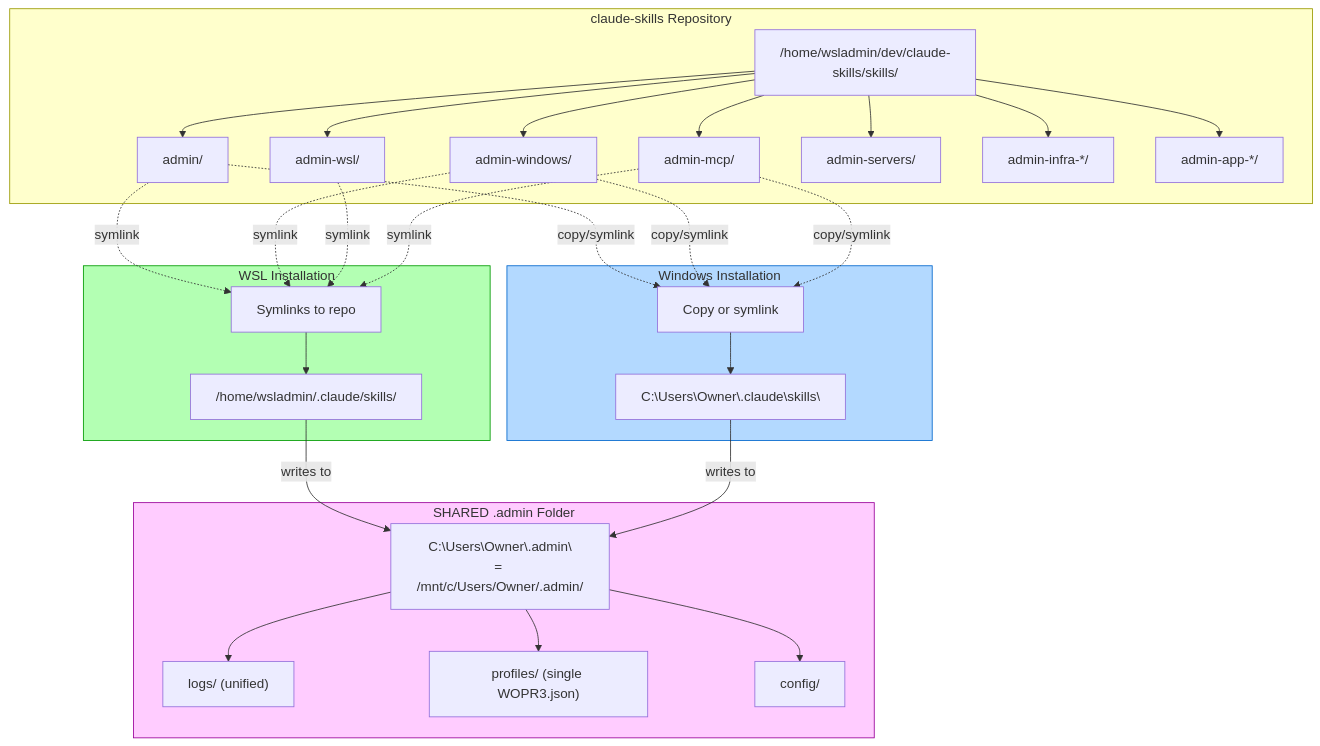
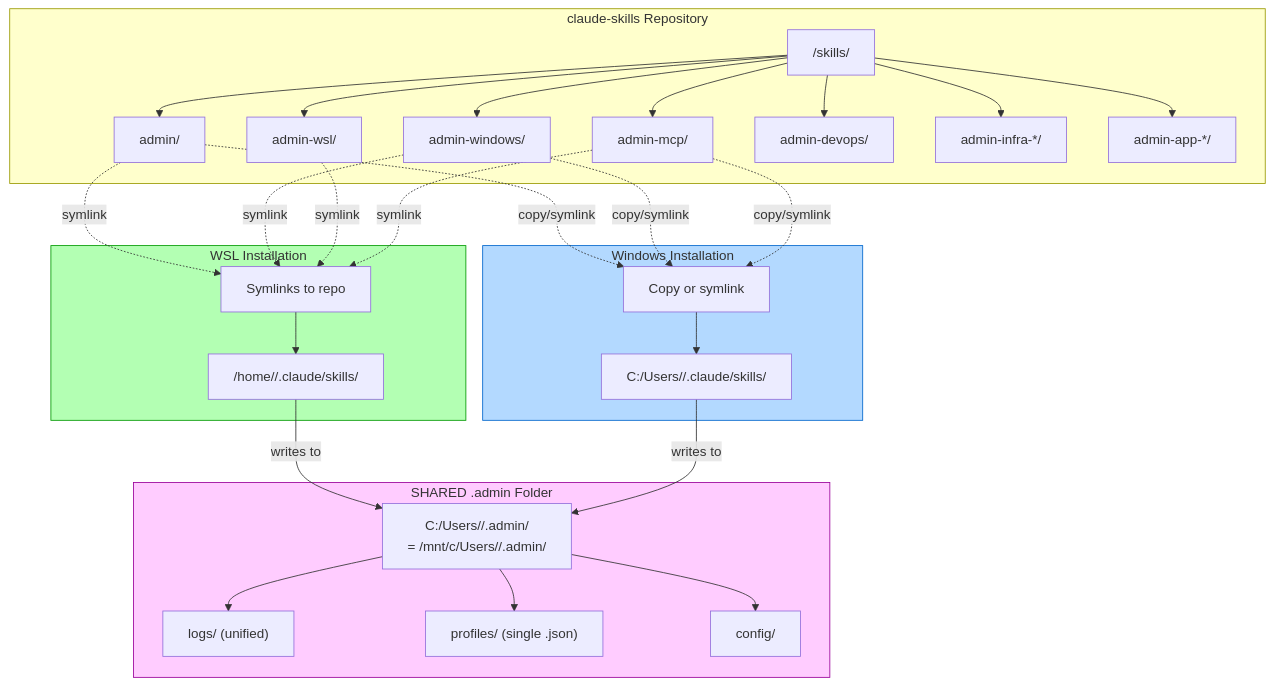
Before and after one commit to evolv3-ai/vibeskills: the seventh of 7 diagrams in docs/admin-skills-windows-map.md, drawn with Mermaid. The commit also changed other lines of this file and 42 other files, not shown here.

Commit message:
rename admin-devops

````diff
--- a/docs/admin-skills-windows-map.md
+++ b/docs/admin-skills-windows-map.md
@@ -242,62 +247,62 @@
 ```mermaid
 flowchart TB
     subgraph SkillsRepo["claude-skills Repository"]
-        REPO["/home/wsladmin/dev/claude-skills/skills/"]
+        REPO["<REPO_ROOT>/skills/"]
         ADMIN_SRC["admin/"]
         WIN_SRC["admin-windows/"]
         WSL_SRC["admin-wsl/"]
         MCP_SRC["admin-mcp/"]
-        SERVERS_SRC["admin-servers/"]
+        SERVERS_SRC["admin-devops/"]
         INFRA_SRC["admin-infra-*/"]
         APPS_SRC["admin-app-*/"]
     end
 
     subgraph WSLInstall["WSL Installation"]
-        WSL_SKILLS["/home/wsladmin/.claude/skills/"]
+        WSL_SKILLS["/home/<ADMIN_USER>/.claude/skills/"]
         WSL_LINKS["Symlinks to repo"]
     end
 
     subgraph WinInstall["Windows Installation"]
-        WIN_SKILLS["C:\Users\Owner\.claude\skills\"]
+        WIN_SKILLS["C:/Users/<WIN_USER>/.claude/skills/"]
         WIN_COPY["Copy or symlink"]
     end
 
     subgraph SharedAdmin["SHARED .admin Folder"]
-        SHARED_ROOT["C:\Users\Owner\.admin\<br>= /mnt/c/Users/Owner/.admin/"]
+        SHARED_ROOT["C:/Users/<WIN_USER>/.admin/<br>= /mnt/c/Users/<WIN_USER>/.admin/"]
         SHARED_LOGS["logs/ (unified)"]
-        SHARED_PROFILES["profiles/ (single WOPR3.json)"]
+        SHARED_PROFILES["profiles/ (single <DEVICE_NAME>.json)"]
         SHARED_CONFIG["config/"]
     end
 
     REPO --> ADMIN_SRC
     REPO --> WIN_SRC
     REPO --> WSL_SRC
     REPO --> MCP_SRC
     REPO --> SERVERS_SRC
     REPO --> INFRA_SRC
     REPO --> APPS_SRC
 
     ADMIN_SRC -.->|"symlink"| WSL_LINKS
     WIN_SRC -.->|"symlink"| WSL_LINKS
     WSL_SRC -.->|"symlink"| WSL_LINKS
     MCP_SRC -.->|"symlink"| WSL_LINKS
 
     WSL_LINKS --> WSL_SKILLS
 
     ADMIN_SRC -.->|"copy/symlink"| WIN_COPY
     WIN_SRC -.->|"copy/symlink"| WIN_COPY
     MCP_SRC -.->|"copy/symlink"| WIN_COPY
 
     WIN_COPY --> WIN_SKILLS
 
     WSL_SKILLS -->|"writes to"| SHARED_ROOT
     WIN_SKILLS -->|"writes to"| SHARED_ROOT
     SHARED_ROOT --> SHARED_LOGS
     SHARED_ROOT --> SHARED_PROFILES
     SHARED_ROOT --> SHARED_CONFIG
 
     style SkillsRepo fill:#ffffcc,stroke:#999900
     style WSLInstall fill:#b3ffb3,stroke:#009900
     style WinInstall fill:#b3d9ff,stroke:#0066cc
     style SharedAdmin fill:#ffccff,stroke:#990099
 ```
````
